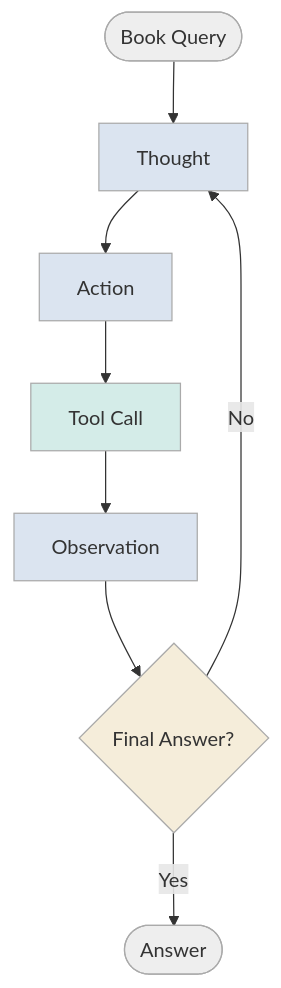
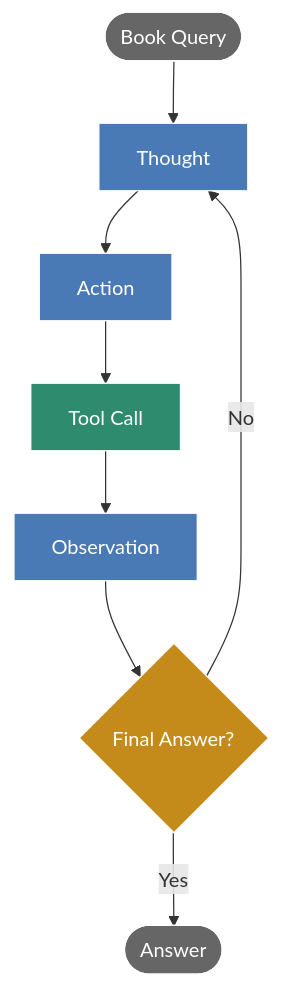
One commit to inbravo/agent-bench changed the diagram in reasoning/[react]-[crewai]-[ollama]/README.md. Above: the diagram before and after it, drawn with Mermaid. The commit also changed 10 other files, not shown here.

First line of the commit message:
fix: improve Mermaid diagram contrast for GitHub dark mode

````diff
--- a/reasoning/[react]-[crewai]-[ollama]/README.md
+++ b/reasoning/[react]-[crewai]-[ollama]/README.md
@@ -8,18 +8,18 @@
 ```mermaid
 flowchart TD
     A([Book Query]) --> B[Thought]
     B --> C[Action]
     C --> D[Tool Call]
     D --> E[Observation]
     E --> F{Final Answer?}
     F -- No --> B
     F -- Yes --> G([Answer])
 
-    style A fill:#eeeeee,stroke:#aaa
-    style B fill:#dbe4f0,stroke:#aaa
-    style C fill:#dbe4f0,stroke:#aaa
-    style D fill:#d4ece8,stroke:#aaa
-    style E fill:#dbe4f0,stroke:#aaa
-    style F fill:#f5edda,stroke:#aaa
-    style G fill:#eeeeee,stroke:#aaa
+    style A fill:#666666,stroke:#fff,color:#fff
+    style B fill:#4a7ab5,stroke:#fff,color:#fff
+    style C fill:#4a7ab5,stroke:#fff,color:#fff
+    style D fill:#2e8b6e,stroke:#fff,color:#fff
+    style E fill:#4a7ab5,stroke:#fff,color:#fff
+    style F fill:#c48a1a,stroke:#fff,color:#fff
+    style G fill:#666666,stroke:#fff,color:#fff
 ```
````
